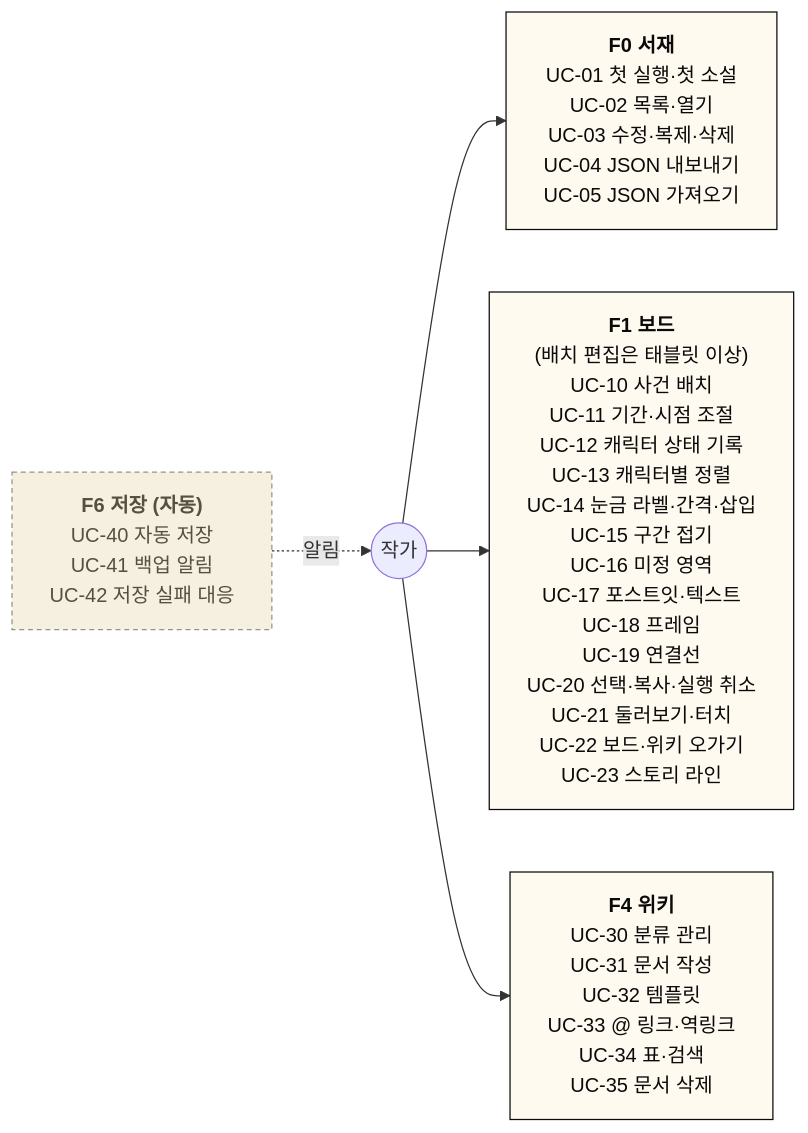
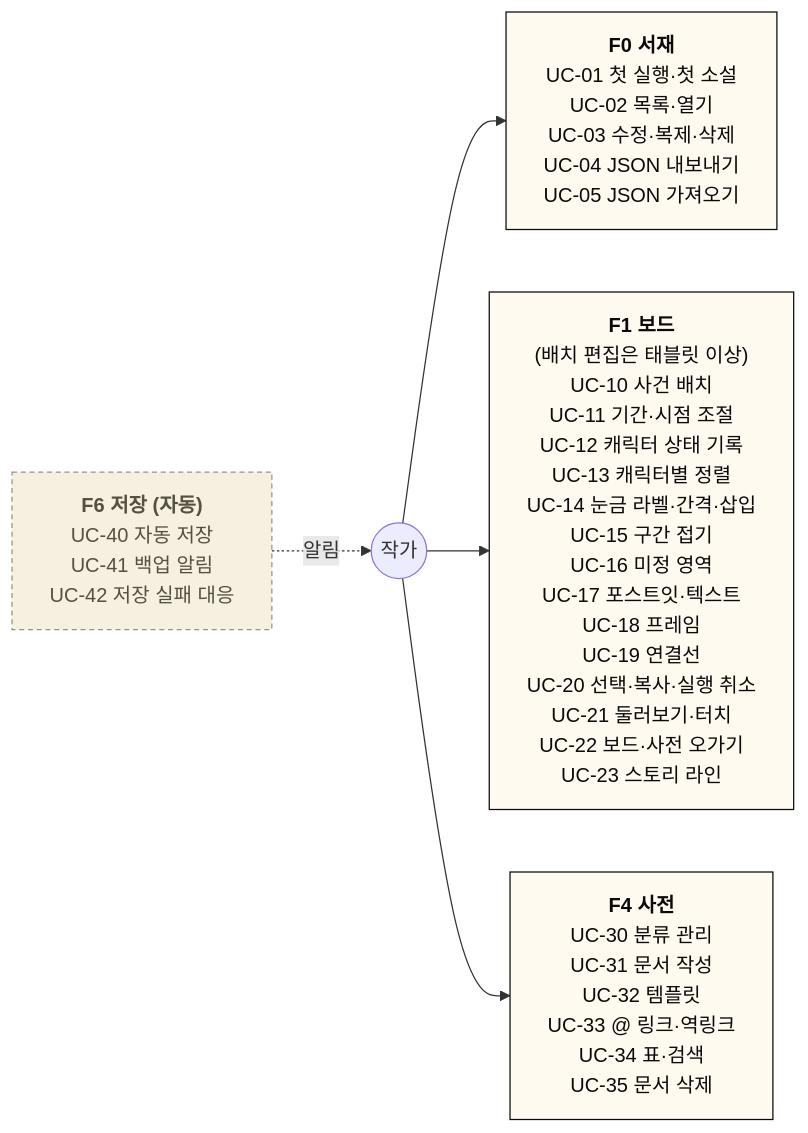
Before and after one commit to kty2001/NovelStory: the first of 2 diagrams in docs/design/usecase.md, drawn with Mermaid. The commit also changed other lines of this file and 17 other files, not shown here.

````diff
--- a/docs/design/usecase.md
+++ b/docs/design/usecase.md
@@ -10,16 +10,16 @@
 ```mermaid
 %%{init: {"flowchart": {"wrappingWidth": 320}}}%%
 flowchart LR
     W(("작가"))
     F0["<b>F0 서재</b><br/>UC-01 첫 실행·첫 소설<br/>UC-02 목록·열기<br/>UC-03 수정·복제·삭제<br/>UC-04 JSON 내보내기<br/>UC-05 JSON 가져오기"]:::mvp
-    F1["<b>F1 보드</b><br/>(배치 편집은 태블릿 이상)<br/>UC-10 사건 배치<br/>UC-11 기간·시점 조절<br/>UC-12 캐릭터 상태 기록<br/>UC-13 캐릭터별 정렬<br/>UC-14 눈금 라벨·간격·삽입<br/>UC-15 구간 접기<br/>UC-16 미정 영역<br/>UC-17 포스트잇·텍스트<br/>UC-18 프레임<br/>UC-19 연결선<br/>UC-20 선택·복사·실행 취소<br/>UC-21 둘러보기·터치<br/>UC-22 보드·위키 오가기<br/>UC-23 스토리 라인"]:::mvp
-    F4["<b>F4 위키</b><br/>UC-30 분류 관리<br/>UC-31 문서 작성<br/>UC-32 템플릿<br/>UC-33 @ 링크·역링크<br/>UC-34 표·검색<br/>UC-35 문서 삭제"]:::mvp
+    F1["<b>F1 보드</b><br/>(배치 편집은 태블릿 이상)<br/>UC-10 사건 배치<br/>UC-11 기간·시점 조절<br/>UC-12 캐릭터 상태 기록<br/>UC-13 캐릭터별 정렬<br/>UC-14 눈금 라벨·간격·삽입<br/>UC-15 구간 접기<br/>UC-16 미정 영역<br/>UC-17 포스트잇·텍스트<br/>UC-18 프레임<br/>UC-19 연결선<br/>UC-20 선택·복사·실행 취소<br/>UC-21 둘러보기·터치<br/>UC-22 보드·사전 오가기<br/>UC-23 스토리 라인"]:::mvp
+    F4["<b>F4 사전</b><br/>UC-30 분류 관리<br/>UC-31 문서 작성<br/>UC-32 템플릿<br/>UC-33 @ 링크·역링크<br/>UC-34 표·검색<br/>UC-35 문서 삭제"]:::mvp
     F6["<b>F6 저장 (자동)</b><br/>UC-40 자동 저장<br/>UC-41 백업 알림<br/>UC-42 저장 실패 대응"]:::auto
     W --> F0
     W --> F1
     W --> F4
     F6 -.->|"알림"| W
 
     classDef mvp fill:#fffaf0,stroke:#0a0a0a,color:#0a0a0a
     classDef auto fill:#f5f0e0,stroke:#9a9384,color:#55503f,stroke-dasharray:4 3
 ```
````
